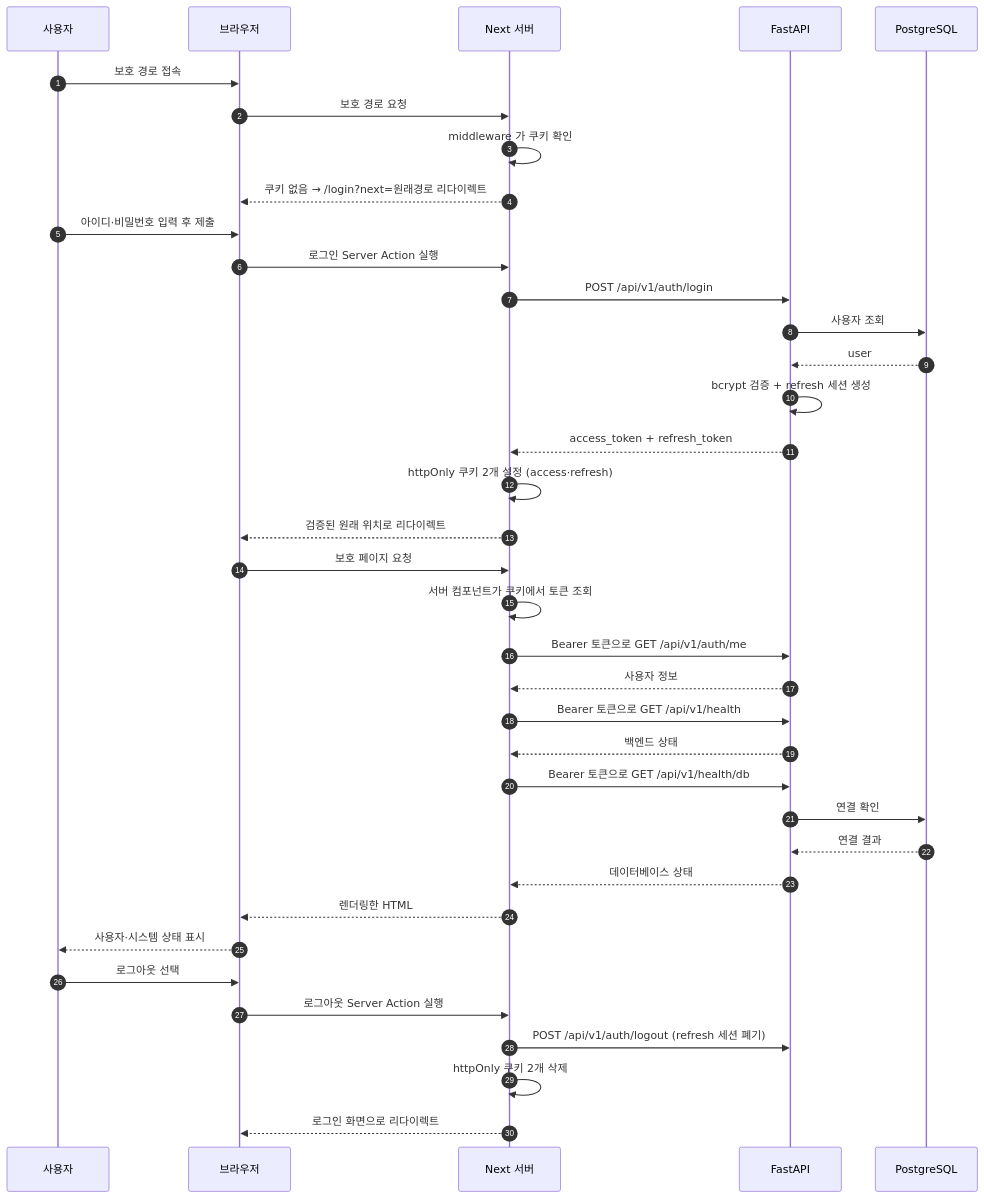
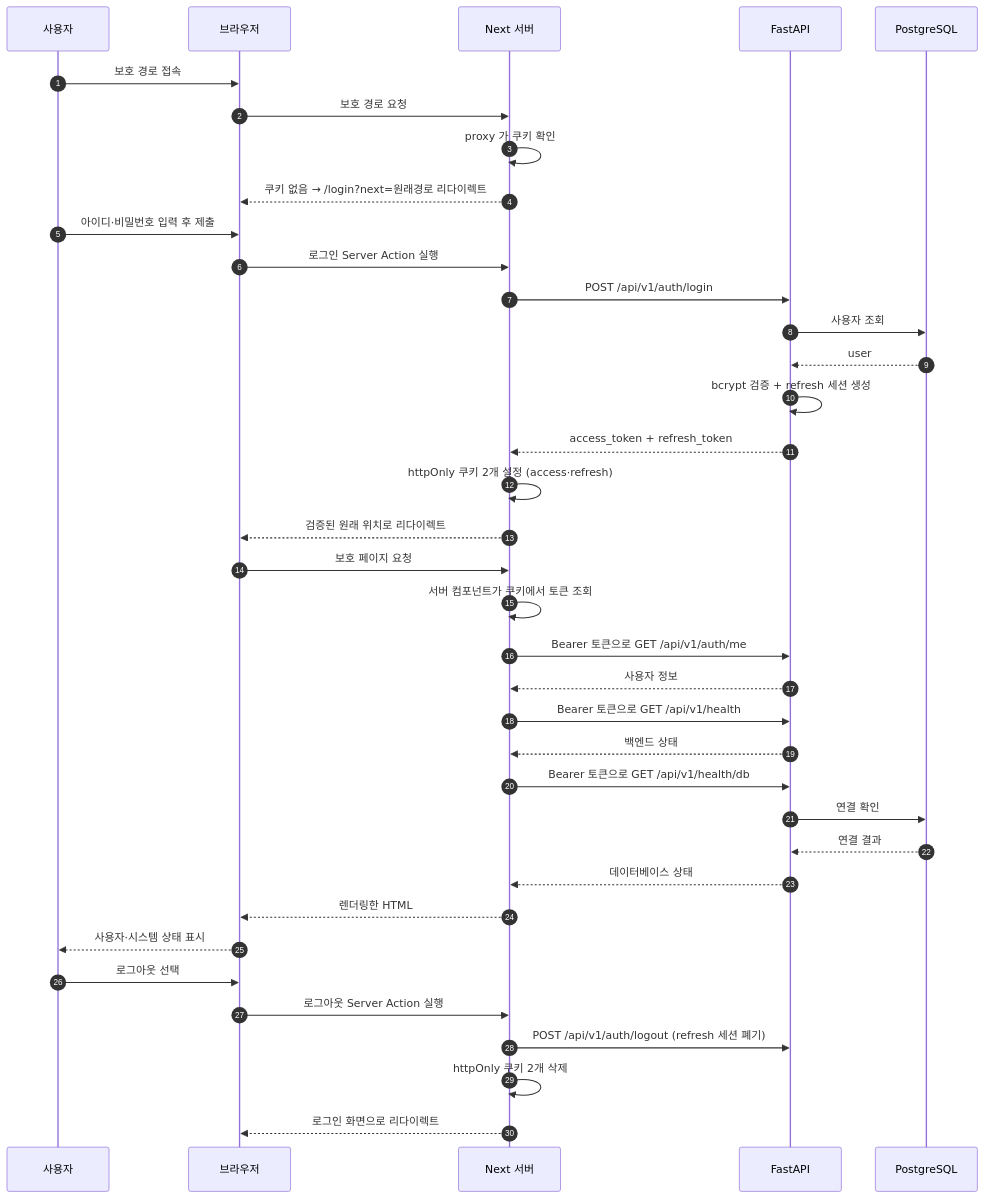
Before and after one commit to al8bright/fastapi-nextjs-pg-starter: the third of 4 diagrams in README.md, drawn with Mermaid. The commit also changed other lines of this file and 16 other files, not shown here.

First line of the commit message:
[Behavioral] chore: 인증 가드 middleware.ts → proxy.ts 전환

````diff
--- a/README.md
+++ b/README.md
@@ -103,40 +103,40 @@
 ```mermaid
 sequenceDiagram
     autonumber
     participant U as 사용자
     participant B as 브라우저
     participant N as Next 서버
     participant A as FastAPI
     participant D as PostgreSQL
 
     U->>B: 보호 경로 접속
     B->>N: 보호 경로 요청
-    N->>N: middleware 가 쿠키 확인
+    N->>N: proxy 가 쿠키 확인
     N-->>B: 쿠키 없음 → /login?next=원래경로 리다이렉트
     U->>B: 아이디·비밀번호 입력 후 제출
     B->>N: 로그인 Server Action 실행
     N->>A: POST /api/v1/auth/login
     A->>D: 사용자 조회
     D-->>A: user
     A->>A: bcrypt 검증 + refresh 세션 생성
     A-->>N: access_token + refresh_token
     N->>N: httpOnly 쿠키 2개 설정 (access·refresh)
     N-->>B: 검증된 원래 위치로 리다이렉트
     B->>N: 보호 페이지 요청
     N->>N: 서버 컴포넌트가 쿠키에서 토큰 조회
     N->>A: Bearer 토큰으로 GET /api/v1/auth/me
     A-->>N: 사용자 정보
     N->>A: Bearer 토큰으로 GET /api/v1/health
     A-->>N: 백엔드 상태
     N->>A: Bearer 토큰으로 GET /api/v1/health/db
     A->>D: 연결 확인
     D-->>A: 연결 결과
     A-->>N: 데이터베이스 상태
     N-->>B: 렌더링한 HTML
     B-->>U: 사용자·시스템 상태 표시
     U->>B: 로그아웃 선택
     B->>N: 로그아웃 Server Action 실행
     N->>A: POST /api/v1/auth/logout (refresh 세션 폐기)
     N->>N: httpOnly 쿠키 2개 삭제
     N-->>B: 로그인 화면으로 리다이렉트
 ```
````
